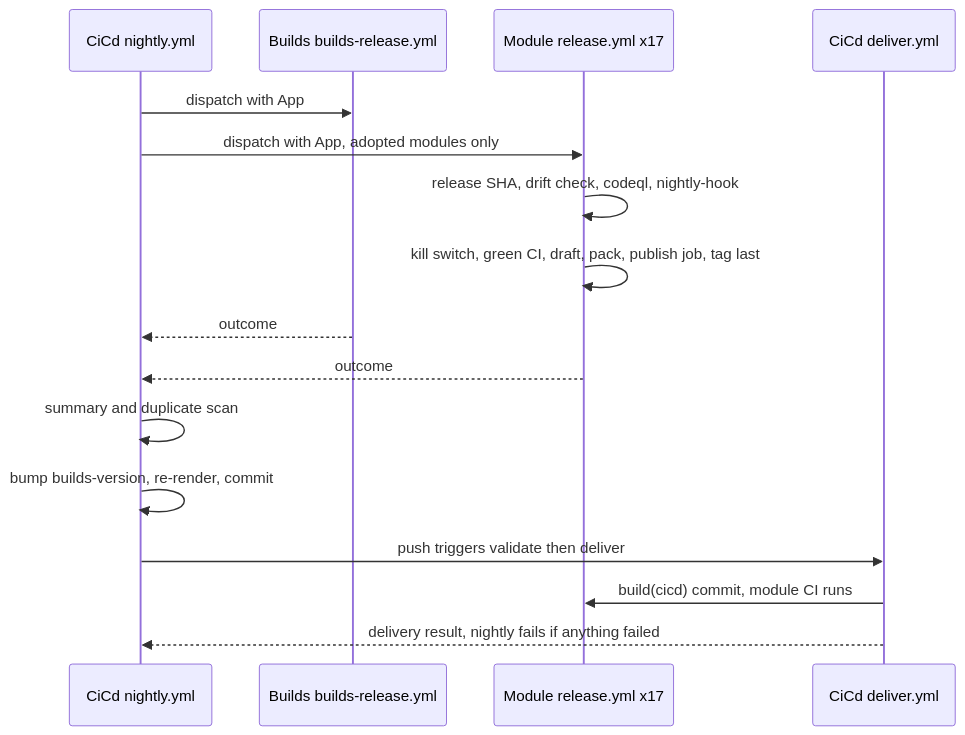
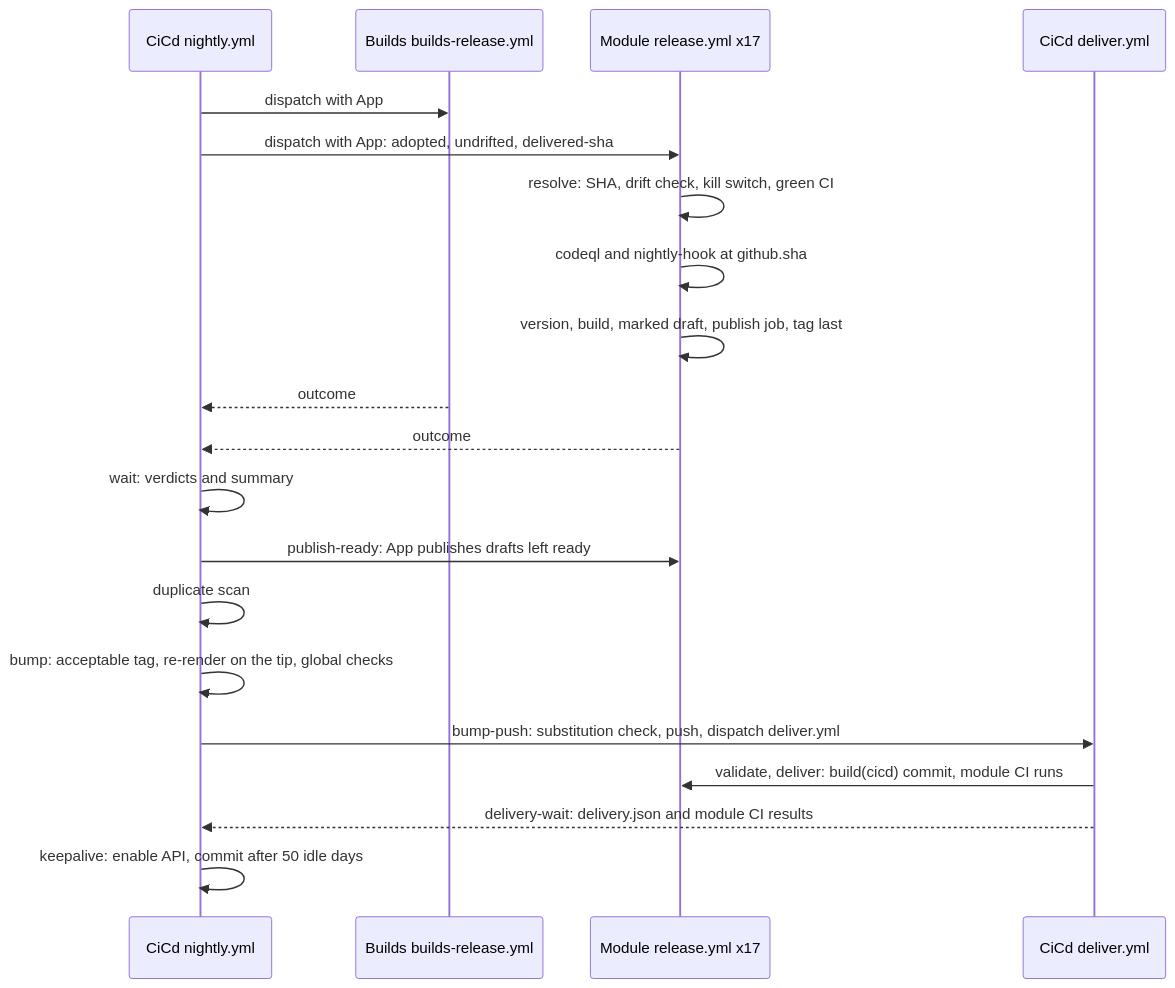
One commit to Hexalith/Hexalith.CiCd changed the second of 3 diagrams in _bmad-output/planning-artifacts/architecture/architecture-cicd-2026-11-07/ARCHITECTURE-SPINE.md. Above: the diagram before and after it, drawn with Mermaid. The commit also changed other lines of this file and 24 other files, not shown here.

Commit message:
fix: architecture

````diff
--- a/_bmad-output/planning-artifacts/architecture/architecture-cicd-2026-11-07/ARCHITECTURE-SPINE.md
+++ b/_bmad-output/planning-artifacts/architecture/architecture-cicd-2026-11-07/ARCHITECTURE-SPINE.md
@@ -378,18 +464,22 @@
 ```mermaid
 sequenceDiagram
   participant N as CiCd nightly.yml
   participant B as Builds builds-release.yml
   participant M as Module release.yml x17
   participant D as CiCd deliver.yml
   N->>B: dispatch with App
-  N->>M: dispatch with App, adopted modules only
-  M->>M: release SHA, drift check, codeql, nightly-hook
-  M->>M: kill switch, green CI, draft, pack, publish job, tag last
+  N->>M: dispatch with App: adopted, undrifted, delivered-sha
+  M->>M: resolve: SHA, drift check, kill switch, green CI
+  M->>M: codeql and nightly-hook at github.sha
+  M->>M: version, build, marked draft, publish job, tag last
   B-->>N: outcome
   M-->>N: outcome
-  N->>N: summary and duplicate scan
-  N->>N: bump builds-version, re-render, commit
-  N->>D: push triggers validate then deliver
-  D->>M: build(cicd) commit, module CI runs
-  D-->>N: delivery result, nightly fails if anything failed
+  N->>N: wait: verdicts and summary
+  N->>M: publish-ready: App publishes drafts left ready
+  N->>N: duplicate scan
+  N->>N: bump: acceptable tag, re-render on the tip, global checks
+  N->>D: bump-push: substitution check, push, dispatch deliver.yml
+  D->>M: validate, deliver: build(cicd) commit, module CI runs
+  D-->>N: delivery-wait: delivery.json and module CI results
+  N->>N: keepalive: enable API, commit after 50 idle days
 ```
````
